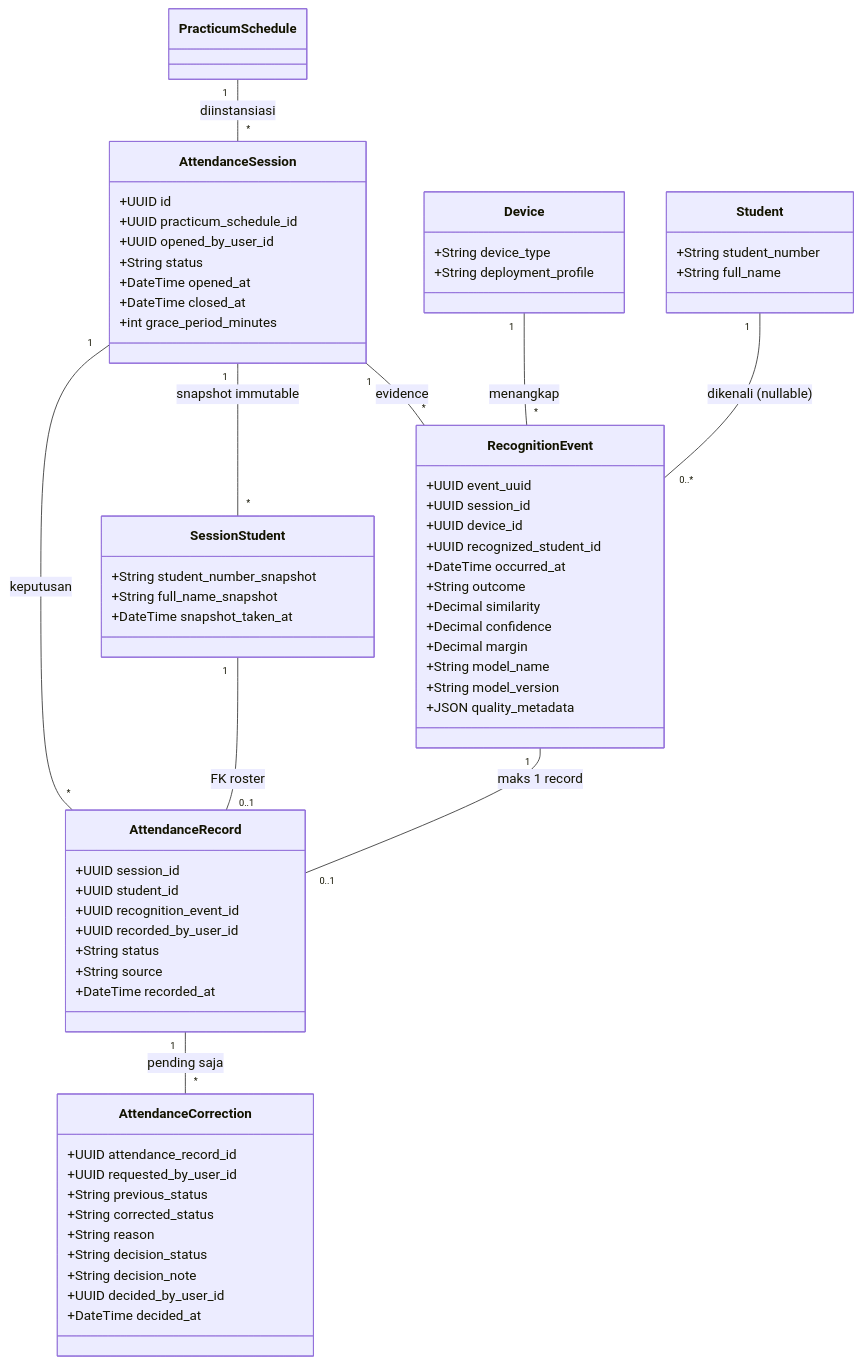
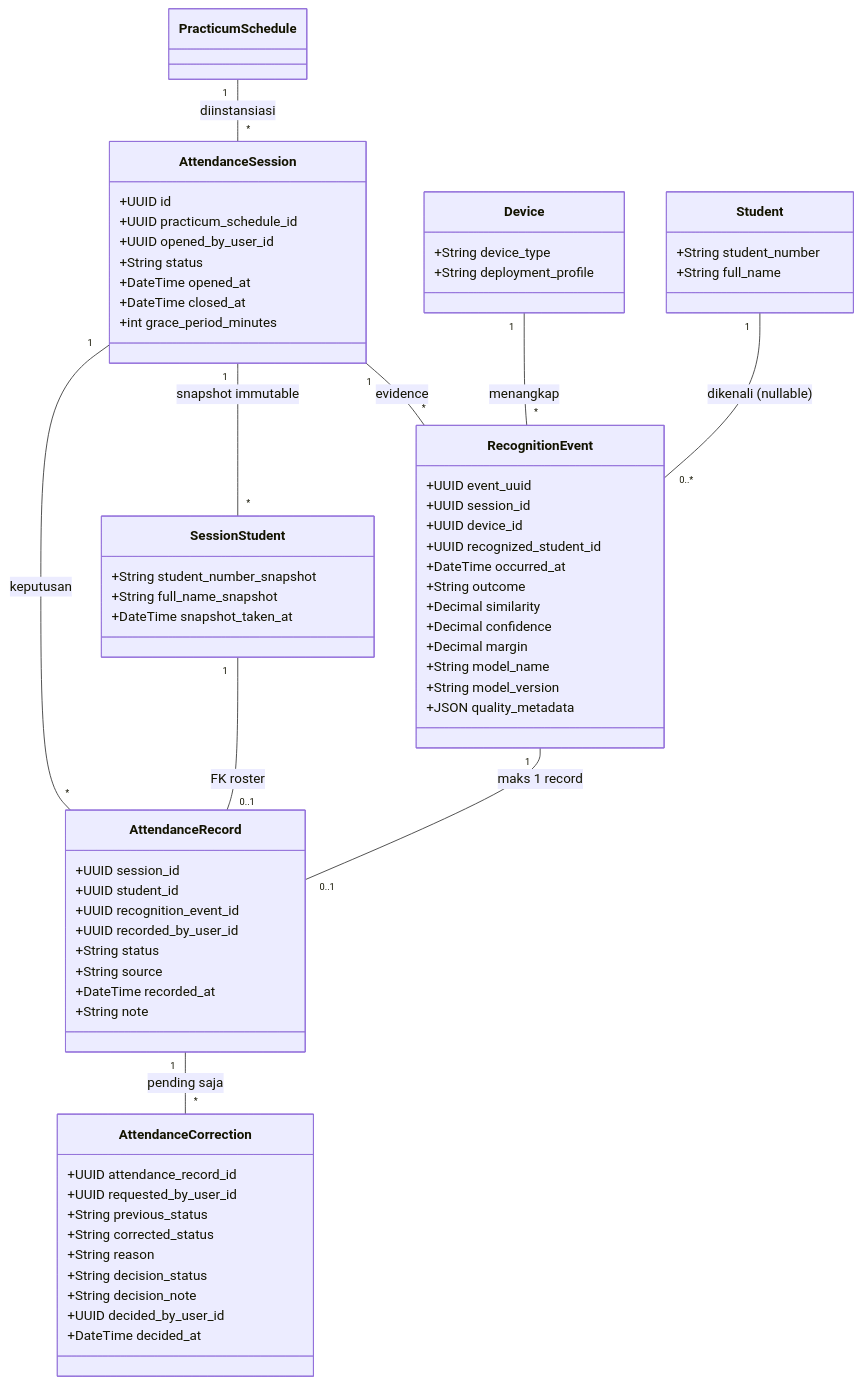
Before and after one commit to mygads/Face-Recognition-Capstone: the fourth of 6 diagrams in docs/proposal/07-data-dan-class.md, drawn with Mermaid. The commit also changed 57 other files, not shown here.

````diff
--- a/docs/proposal/07-data-dan-class.md
+++ b/docs/proposal/07-data-dan-class.md
@@ -140,68 +140,69 @@
 ```mermaid
 classDiagram
   class AttendanceSession {
     +UUID id
     +UUID practicum_schedule_id
     +UUID opened_by_user_id
     +String status
     +DateTime opened_at
     +DateTime closed_at
     +int grace_period_minutes
   }
   class SessionStudent {
     +String student_number_snapshot
     +String full_name_snapshot
     +DateTime snapshot_taken_at
   }
   class RecognitionEvent {
     +UUID event_uuid
     +UUID session_id
     +UUID device_id
     +UUID recognized_student_id
     +DateTime occurred_at
     +String outcome
     +Decimal similarity
     +Decimal confidence
     +Decimal margin
     +String model_name
     +String model_version
     +JSON quality_metadata
   }
   class AttendanceRecord {
     +UUID session_id
     +UUID student_id
     +UUID recognition_event_id
     +UUID recorded_by_user_id
     +String status
     +String source
     +DateTime recorded_at
+    +String note
   }
   class AttendanceCorrection {
     +UUID attendance_record_id
     +UUID requested_by_user_id
     +String previous_status
     +String corrected_status
     +String reason
     +String decision_status
     +String decision_note
     +UUID decided_by_user_id
     +DateTime decided_at
   }
   class Device {
     +String device_type
     +String deployment_profile
   }
   class Student {
     +String student_number
     +String full_name
   }
   PracticumSchedule "1" -- "*" AttendanceSession : diinstansiasi
   AttendanceSession "1" -- "*" SessionStudent : snapshot immutable
   AttendanceSession "1" -- "*" RecognitionEvent : evidence
   AttendanceSession "1" -- "*" AttendanceRecord : keputusan
   Device "1" -- "*" RecognitionEvent : menangkap
   Student "1" -- "0..*" RecognitionEvent : dikenali (nullable)
   SessionStudent "1" -- "0..1" AttendanceRecord : FK roster
   RecognitionEvent "1" -- "0..1" AttendanceRecord : maks 1 record
   AttendanceRecord "1" -- "*" AttendanceCorrection : pending saja
 ```
````
